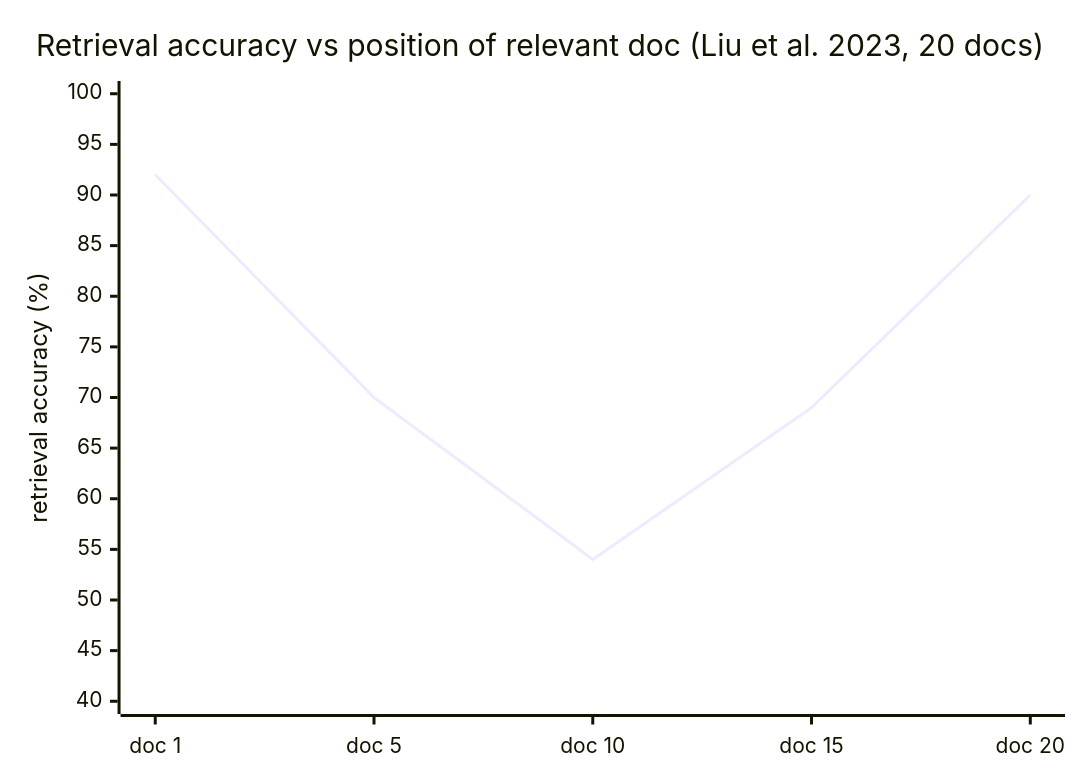
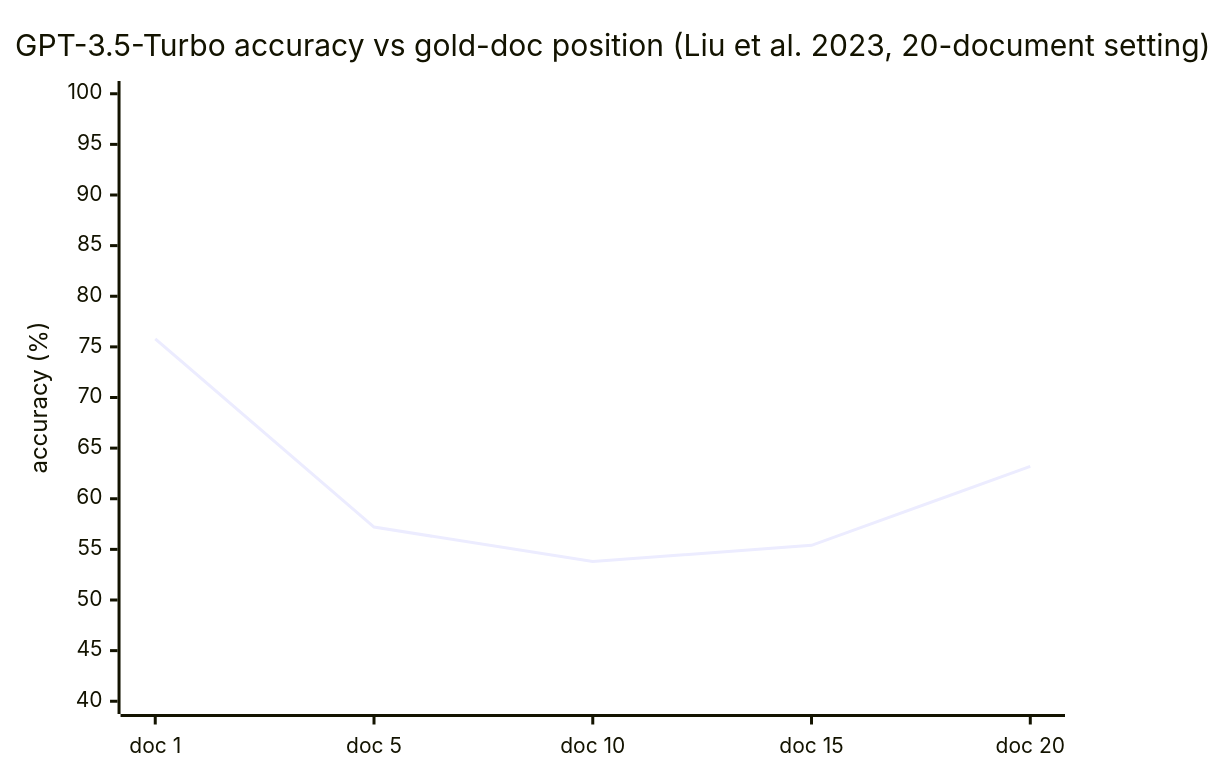
The diagram in src/main/java/com/rutik/systemdesign/llm/foundations_and_architecture/positional_encoding.md (rppol/system-design), drawn with Mermaid before and after one commit. The commit also changed other lines of this file and 113 other files, not shown here.

````diff
--- a/src/main/java/com/rutik/systemdesign/llm/foundations_and_architecture/positional_encoding.md
+++ b/src/main/java/com/rutik/systemdesign/llm/foundations_and_architecture/positional_encoding.md
@@ -429,7 +433,7 @@
 ```mermaid
 xychart-beta
-    title "Retrieval accuracy vs position of relevant doc (Liu et al. 2023, 20 docs)"
+    title "GPT-3.5-Turbo accuracy vs gold-doc position (Liu et al. 2023, 20-document setting)"
     x-axis ["doc 1", "doc 5", "doc 10", "doc 15", "doc 20"]
-    y-axis "retrieval accuracy (%)" 40 --> 100
-    line [92, 70, 54, 69, 90]
+    y-axis "accuracy (%)" 40 --> 100
+    line [75.8, 57.2, 53.8, 55.4, 63.2]
 ```
````
